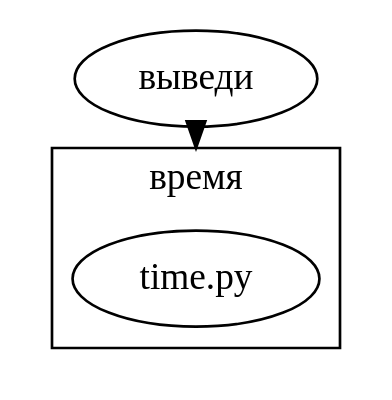
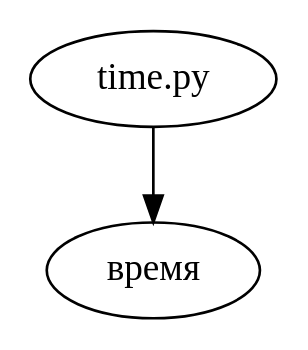
Before and after one commit to LeonovEvgenii/AGI: the diagram in local_graph.dot, drawn with Graphviz. The commit also changed 4 other files, not shown here.

```diff
--- a/local_graph.dot
+++ b/local_graph.dot
@@ -1,8 +1,5 @@
 digraph G {
-  compound=true;
-  "выведи" -> "time.py" [lhead=cluster1];
-  subgraph cluster1 {
-    label="время"
-    "time.py"
-  }
+  "time.py";
+  "time.py" -> "время";
+  "время";
 }
```
